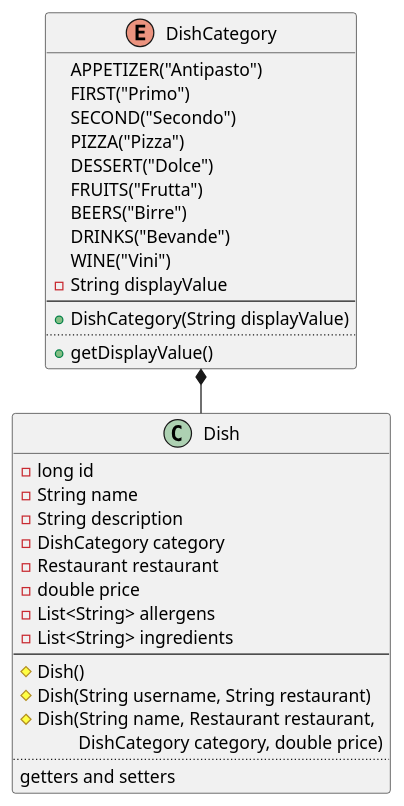
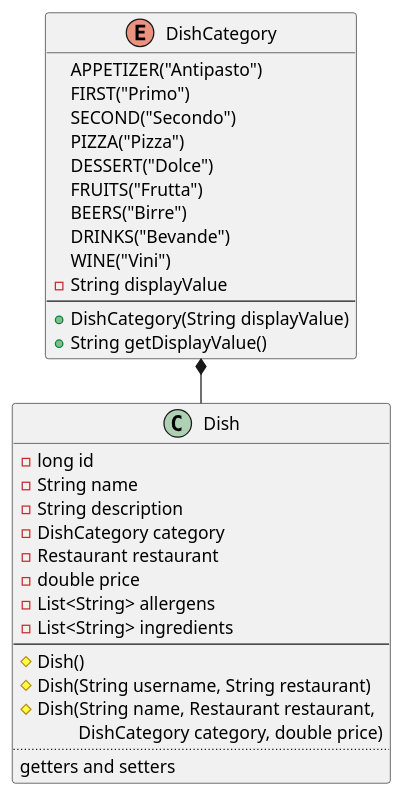
Before and after one commit to TommasoScalici/FoodDelivery: the diagram in src/main/java/unipa/fooddelivery/diagrams/class/dish.wsd, drawn with PlantUML. The commit also changed 4 other files, not shown here.

```diff
--- a/src/main/java/unipa/fooddelivery/diagrams/class/dish.wsd
+++ b/src/main/java/unipa/fooddelivery/diagrams/class/dish.wsd
@@ -1,39 +1,38 @@
 @startuml user
 left to right direction
 class Dish {
   -long id
   -String name
   -String description
   -DishCategory category
   -Restaurant restaurant
   -double price
   -List<String> allergens
   -List<String> ingredients
   --
   #Dish()
   #Dish(String username, String restaurant)
   #Dish(String name, Restaurant restaurant, 
   \t DishCategory category, double price)
   ..
   getters and setters
 }
 
 enum DishCategory{
     APPETIZER("Antipasto")
     FIRST("Primo")
     SECOND("Secondo")
     PIZZA("Pizza")
     DESSERT("Dolce")
     FRUITS("Frutta")
     BEERS("Birre")
     DRINKS("Bevande")
     WINE("Vini")
     -String displayValue
     --
     +DishCategory(String displayValue)
-    ..
-    +getDisplayValue()
+    +String getDisplayValue()
 }
 
 DishCategory *- Dish
 @enduml
```
